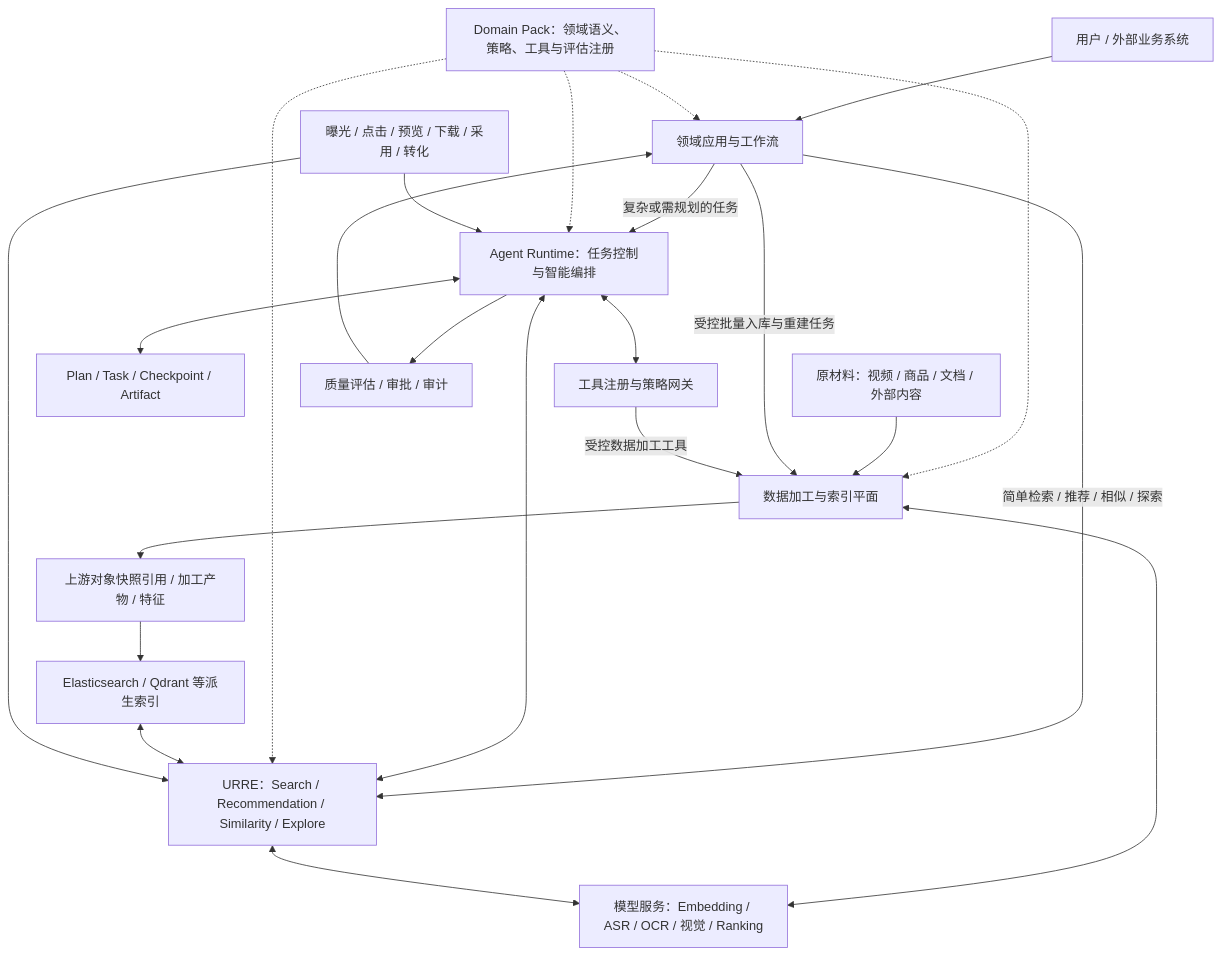
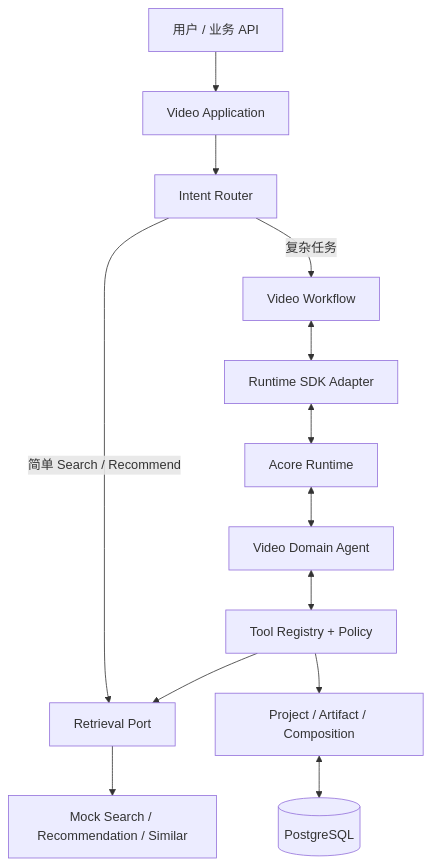
Before and after one commit to human-cosmos/search-rec-docs: the first of 3 diagrams in 00_架构设计总纲.md, drawn with Mermaid. The commit also changed other lines of this file and 14 other files, not shown here.

Commit message:
docs: finalize Video/Clip agent scope and remove rights filtering

````diff
--- a/00_架构设计总纲.md
+++ b/00_架构设计总纲.md
@@ -24,25 +9,15 @@
 ```mermaid
 flowchart TB
-  U[用户 / 外部业务系统] --> APP[领域应用与工作流]
-  APP -->|简单检索 / 推荐 / 相似 / 探索| URRE[URRE：Search / Recommendation / Similarity / Explore]
-  APP -->|复杂或需规划的任务| AR[Agent Runtime：任务控制与智能编排]
-  AR <--> URRE
-  DP[Domain Pack：领域语义、策略、工具与评估注册] -.-> APP
-  DP -.-> AR
-  DP -.-> URRE
-  DP -.-> DATAPLANE
-  AR <--> TOOLS[工具注册与策略网关]
-  AR <--> STATE[Plan / Task / Checkpoint / Artifact]
-  RAW[原材料：视频 / 商品 / 文档 / 外部内容] --> DATAPLANE[数据加工与索引平面]
-  APP -->|受控批量入库与重建任务| DATAPLANE
-  TOOLS -->|受控数据加工工具| DATAPLANE
-  DATAPLANE <--> MODEL[模型服务：Embedding / ASR / OCR / 视觉 / Ranking]
-  DATAPLANE --> DATA[上游对象快照引用 / 加工产物 / 特征]
-  DATA --> INDEX[Elasticsearch / Qdrant 等派生索引]
-  INDEX <--> URRE
-  URRE <--> MODEL
-  AR --> QA[质量评估 / 审批 / 审计]
-  QA --> APP
-  FEEDBACK[曝光 / 点击 / 预览 / 下载 / 采用 / 转化] --> URRE
-  FEEDBACK --> AR
+  U[用户 / 业务 API] --> APP[Video Application]
+  APP --> ROUTER[Intent Router]
+  ROUTER -->|简单 Search / Recommend| PORT[Retrieval Port]
+  ROUTER -->|复杂任务| WF[Video Workflow]
+  WF <--> SDK[Runtime SDK Adapter]
+  SDK <--> RT[Acore Runtime]
+  RT <--> AGENT[Video Domain Agent]
+  AGENT <--> TOOLS[Tool Registry + Policy]
+  TOOLS --> PORT
+  TOOLS --> DOMAIN[Project / Artifact / Composition]
+  PORT --> MOCK[Mock Search / Recommendation / Similar]
+  DOMAIN <--> DB[(PostgreSQL)]
 ```
````
